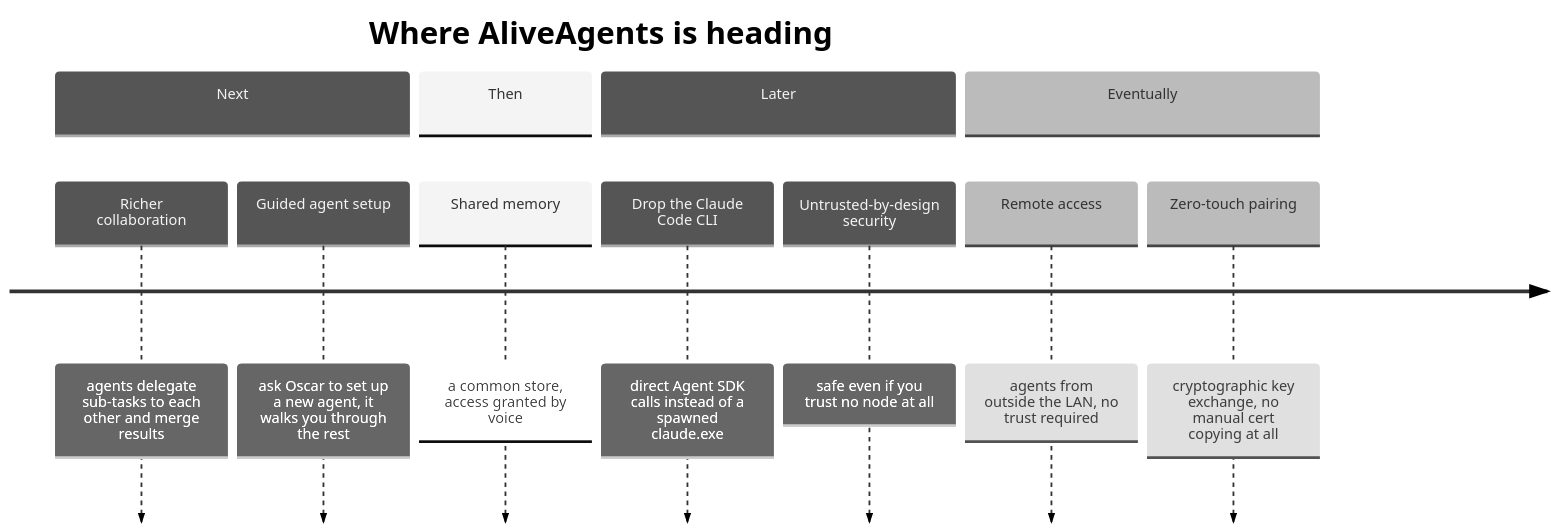
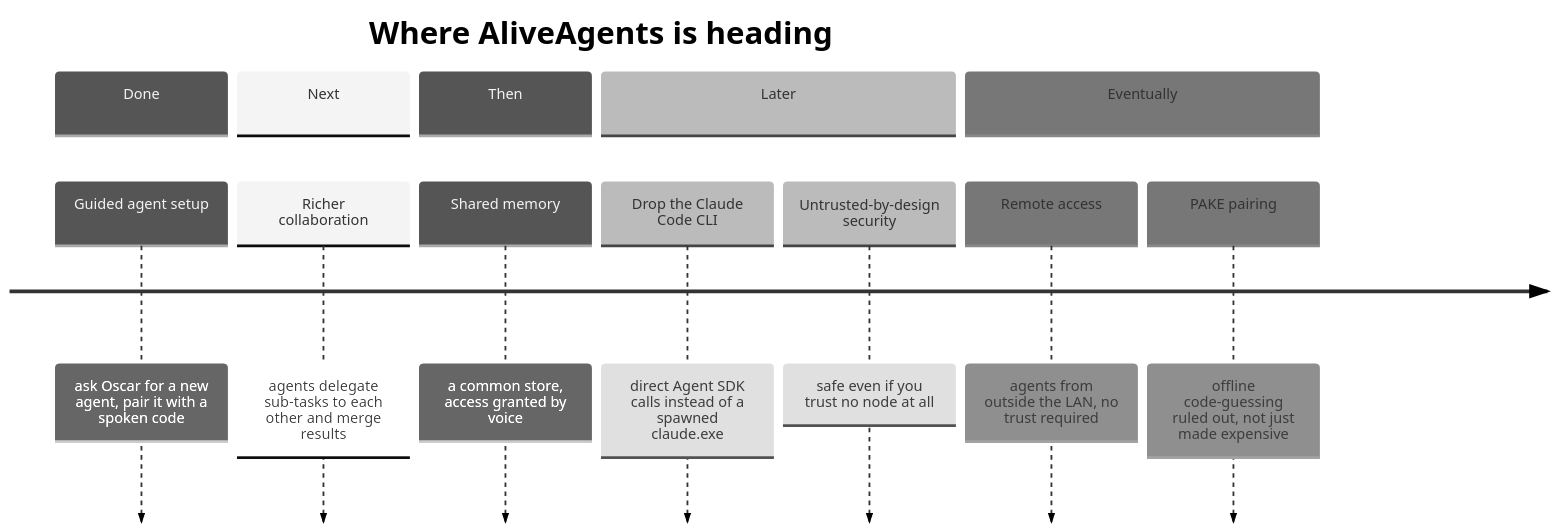
Before and after one commit to AliveAgents/AliveAgents: the second of 2 diagrams in README.md, drawn with Mermaid (neutral theme). The commit also changed other lines of this file and 2 other files, not shown here.

First line of the commit message:
Document what is protected, and say plainly what is not

````diff
--- a/README.md
+++ b/README.md
@@ -71,15 +92,16 @@
 ```mermaid
 timeline
     title Where AliveAgents is heading
+    section Done
+        Guided agent setup : ask Oscar for a new agent, pair it with a spoken code
     section Next
         Richer collaboration : agents delegate sub-tasks to each other and merge results
-        Guided agent setup : ask Oscar to set up a new agent, it walks you through the rest
     section Then
         Shared memory : a common store, access granted by voice
     section Later
         Drop the Claude Code CLI : direct Agent SDK calls instead of a spawned claude.exe
         Untrusted-by-design security : safe even if you trust no node at all
     section Eventually
         Remote access : agents from outside the LAN, no trust required
-        Zero-touch pairing : cryptographic key exchange, no manual cert copying at all
+        PAKE pairing : offline code-guessing ruled out, not just made expensive
 ```
````
